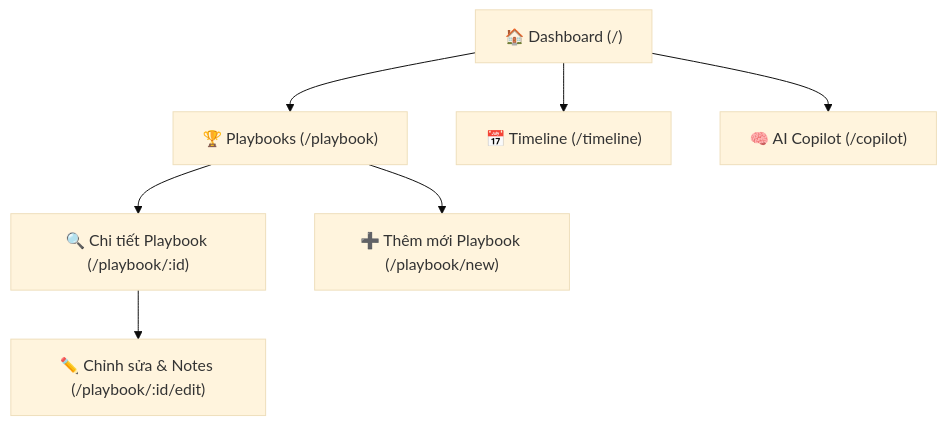
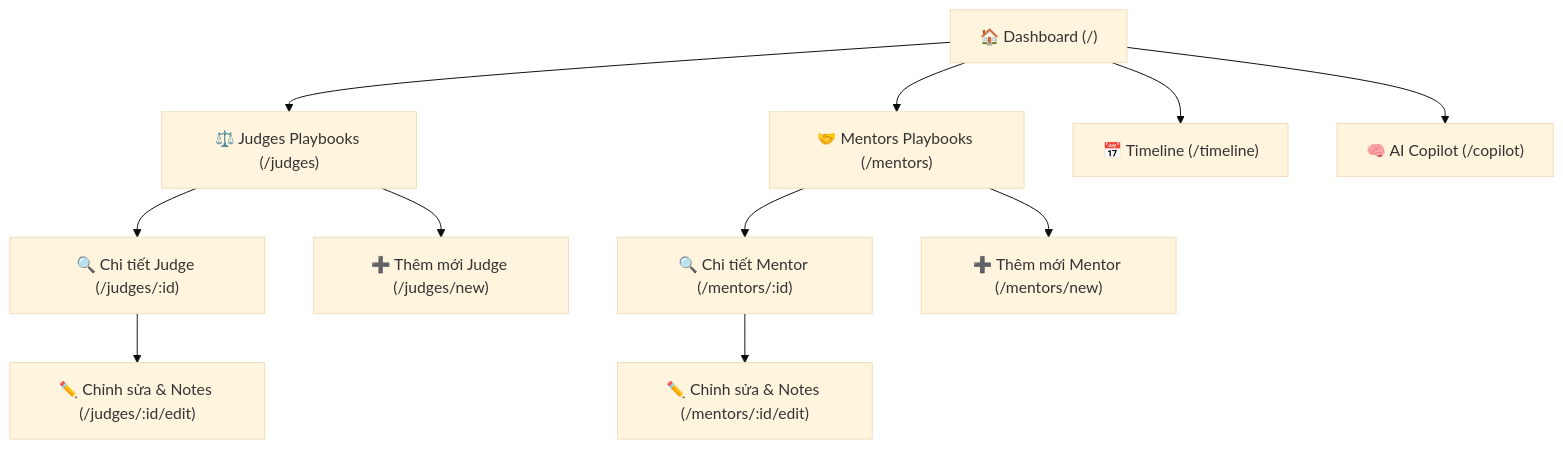
The diagram in Requirements/A4_Sitemap.md (hongdang023/Hackathon), drawn with Mermaid (base theme) before and after one commit. The commit also changed other lines of this file and 11 other files, not shown here.

Commit message:
feat: upgrade judge/mentor questions based on A5 standards and team solution

````diff
--- a/Requirements/A4_Sitemap.md
+++ b/Requirements/A4_Sitemap.md
@@ -9,10 +9,15 @@
 ```mermaid
 graph TD
-    Home["🏠 Dashboard (/)"] --> PlaybookList["🏆 Playbooks (/playbook)"]
+    Home["🏠 Dashboard (/)"] --> JudgesPlaybookList["⚖️ Judges Playbooks (/judges)"]
+    Home --> MentorsPlaybookList["🤝 Mentors Playbooks (/mentors)"]
     Home --> TimelinePage["📅 Timeline (/timeline)"]
     Home --> CopilotPage["🧠 AI Copilot (/copilot)"]
 
-    PlaybookList --> PlaybookDetail["🔍 Chi tiết Playbook (/playbook/:id)"]
-    PlaybookList --> PlaybookAdd["➕ Thêm mới Playbook (/playbook/new)"]
-    PlaybookDetail --> PlaybookEdit["✏️ Chỉnh sửa & Notes (/playbook/:id/edit)"]
+    JudgesPlaybookList --> JudgeDetail["🔍 Chi tiết Judge (/judges/:id)"]
+    JudgesPlaybookList --> JudgeAdd["➕ Thêm mới Judge (/judges/new)"]
+    JudgeDetail --> JudgeEdit["✏️ Chỉnh sửa & Notes (/judges/:id/edit)"]
+
+    MentorsPlaybookList --> MentorDetail["🔍 Chi tiết Mentor (/mentors/:id)"]
+    MentorsPlaybookList --> MentorAdd["➕ Thêm mới Mentor (/mentors/new)"]
+    MentorDetail --> MentorEdit["✏️ Chỉnh sửa & Notes (/mentors/:id/edit)"]
 ```
````
